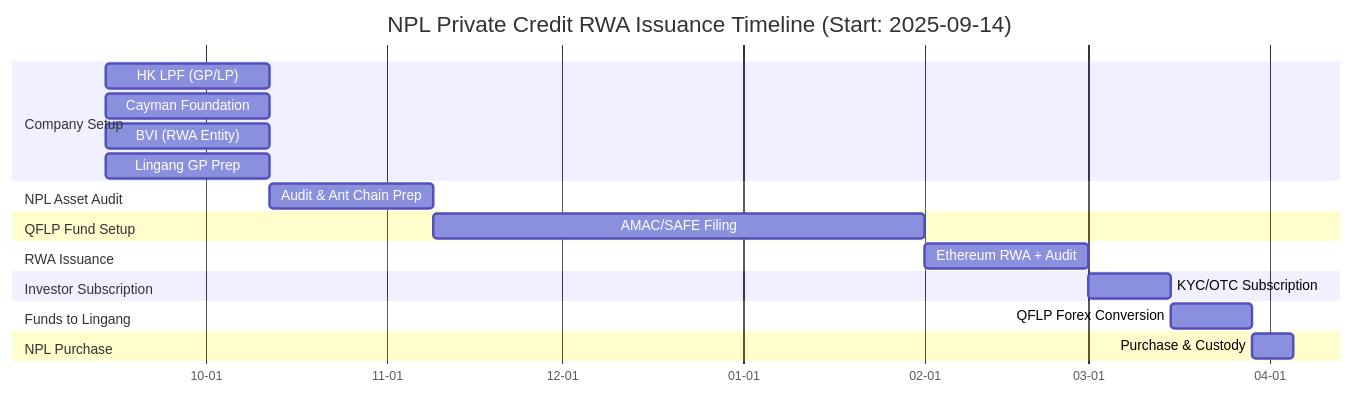
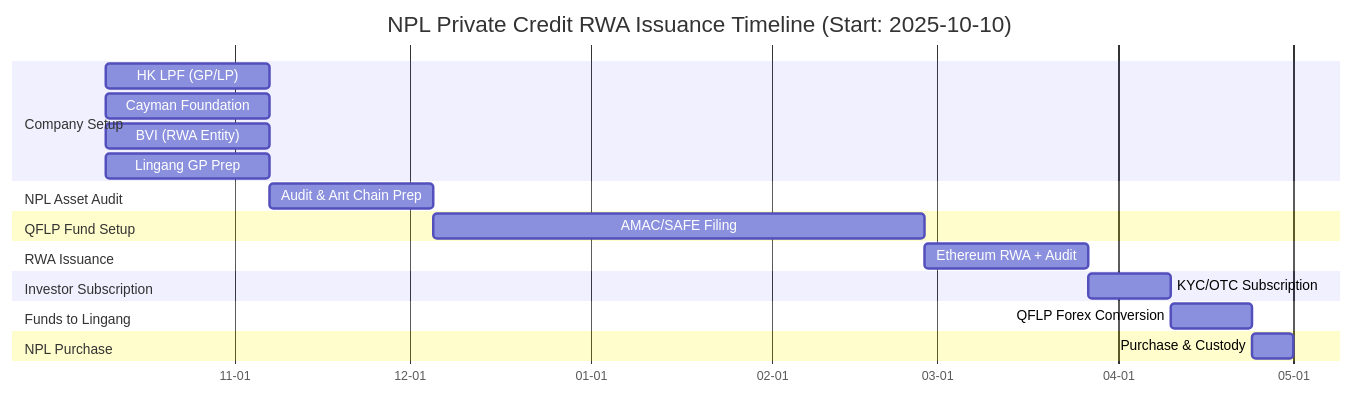
The diagram in rwa-gantt.md (fullon-labs/research), drawn with Mermaid before and after one commit.

````diff
--- a/rwa-gantt.md
+++ b/rwa-gantt.md
@@ -1,23 +1,23 @@
 ```mermaid
 gantt
-    title NPL Private Credit RWA Issuance Timeline (Start: 2025-09-14)
+    title NPL Private Credit RWA Issuance Timeline (Start: 2025-10-10)
     dateFormat  YYYY-MM-DD
     axisFormat  %m-%d
     section Company Setup
-    HK LPF (GP/LP)           :a1, 2025-09-14, 4w
-    Cayman Foundation        :a2, 2025-09-14, 4w
-    BVI (RWA Entity)         :a3, 2025-09-14, 4w
-    Lingang GP Prep          :a4, 2025-09-14, 4w
+    HK LPF (GP/LP)           :a1, 2025-10-10, 4w
+    Cayman Foundation        :a2, 2025-10-10, 4w
+    BVI (RWA Entity)         :a3, 2025-10-10, 4w
+    Lingang GP Prep          :a4, 2025-10-10, 4w
     section NPL Asset Audit
     Audit & Ant Chain Prep   :a5, after a1, 4w
     section QFLP Fund Setup
     AMAC/SAFE Filing         :a6, after a1 a4 a5, 12w
     section RWA Issuance
     Ethereum RWA + Audit     :a7, after a6, 4w
     section Investor Subscription
     KYC/OTC Subscription     :a8, after a7, 2w
     section Funds to Lingang
     QFLP Forex Conversion    :a9, after a8, 2w
     section NPL Purchase
     Purchase & Custody       :a10, after a9, 1w
 ```
````
